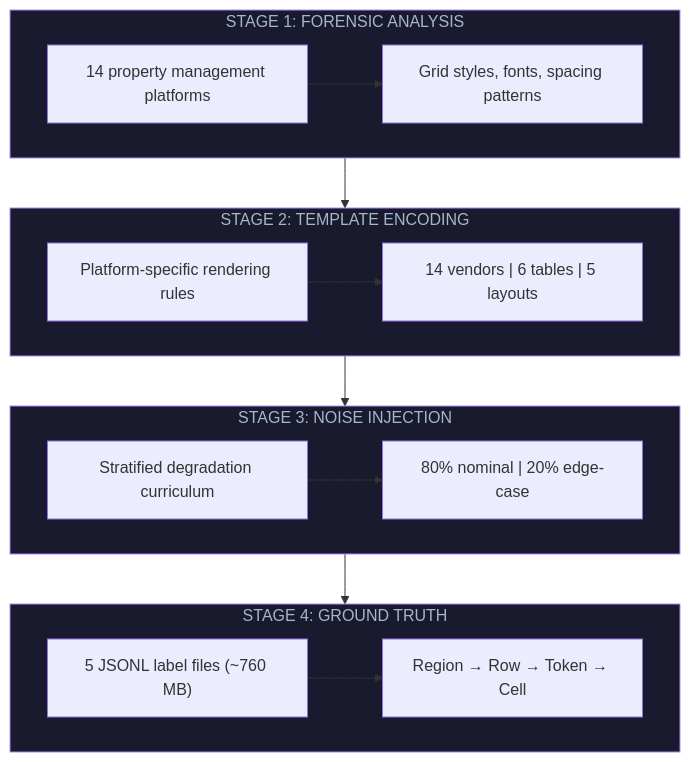
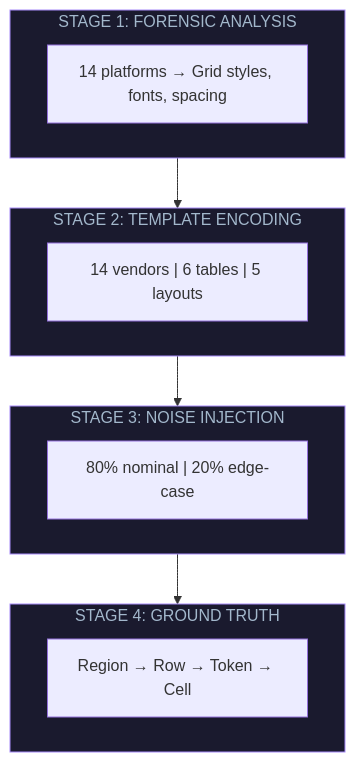
Before and after one commit to ges257/pdf-synth-engine: the diagram in README.md, drawn with Mermaid. The commit also changed 1 other file, not shown here.

Commit message:
Simplify pipeline diagrams to single-line content per stage
🤖 Generated with [Claude Code](https://claude.com/claude-code)

````diff
--- a/README.md
+++ b/README.md
@@ -42,33 +42,25 @@
 ```mermaid
 flowchart TB
     subgraph S1["STAGE 1: FORENSIC ANALYSIS"]
-        A1["14 property management platforms"]
-        A2["Grid styles, fonts, spacing patterns"]
-        A1 --> A2
+        A1["14 platforms → Grid styles, fonts, spacing"]
     end
 
     subgraph S2["STAGE 2: TEMPLATE ENCODING"]
-        B1["Platform-specific rendering rules"]
-        B2["14 vendors | 6 tables | 5 layouts"]
-        B1 --> B2
+        B1["14 vendors | 6 tables | 5 layouts"]
     end
 
     subgraph S3["STAGE 3: NOISE INJECTION"]
-        C1["Stratified degradation curriculum"]
-        C2["80% nominal | 20% edge-case"]
-        C1 --> C2
+        C1["80% nominal | 20% edge-case"]
     end
 
     subgraph S4["STAGE 4: GROUND TRUTH"]
-        D1["5 JSONL label files (~760 MB)"]
-        D2["Region → Row → Token → Cell"]
-        D1 --> D2
+        D1["Region → Row → Token → Cell"]
     end
 
     S1 --> S2 --> S3 --> S4
 
     style S1 fill:#1a1a2e,stroke:#A78BFA,color:#A3B8CC
     style S2 fill:#1a1a2e,stroke:#A78BFA,color:#A3B8CC
     style S3 fill:#1a1a2e,stroke:#A78BFA,color:#A3B8CC
     style S4 fill:#1a1a2e,stroke:#A78BFA,color:#A3B8CC
 ```
````
